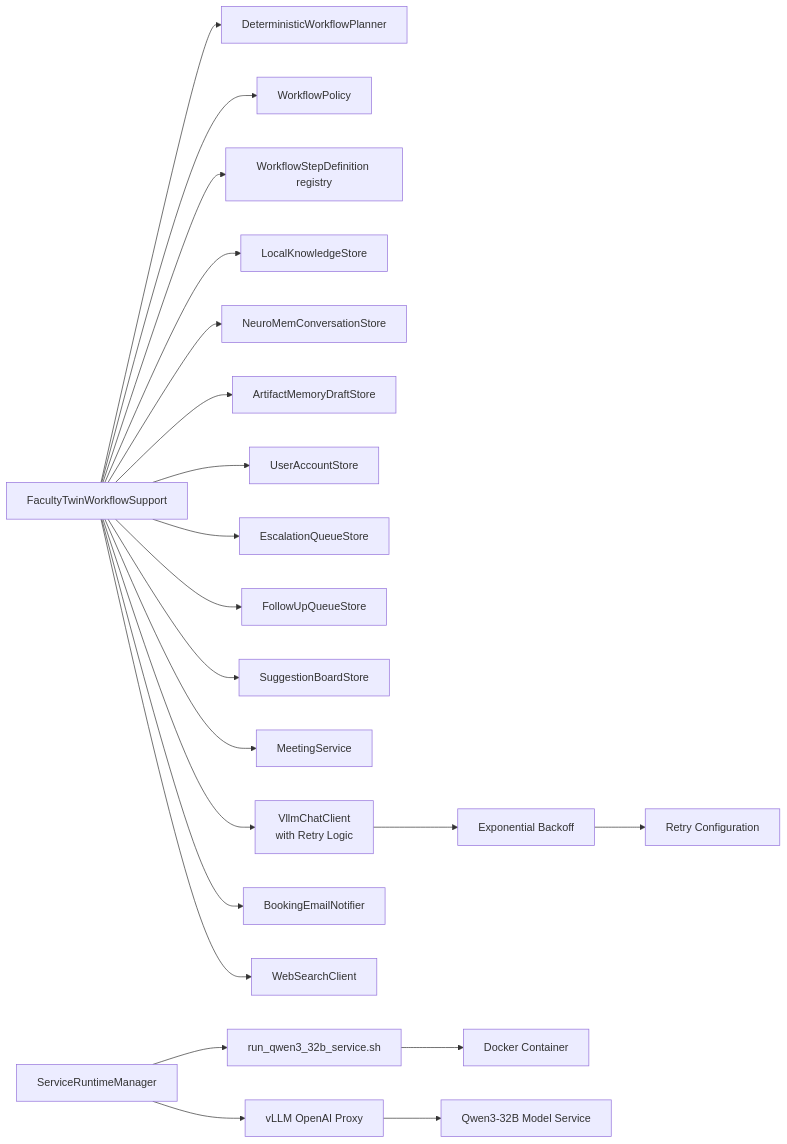
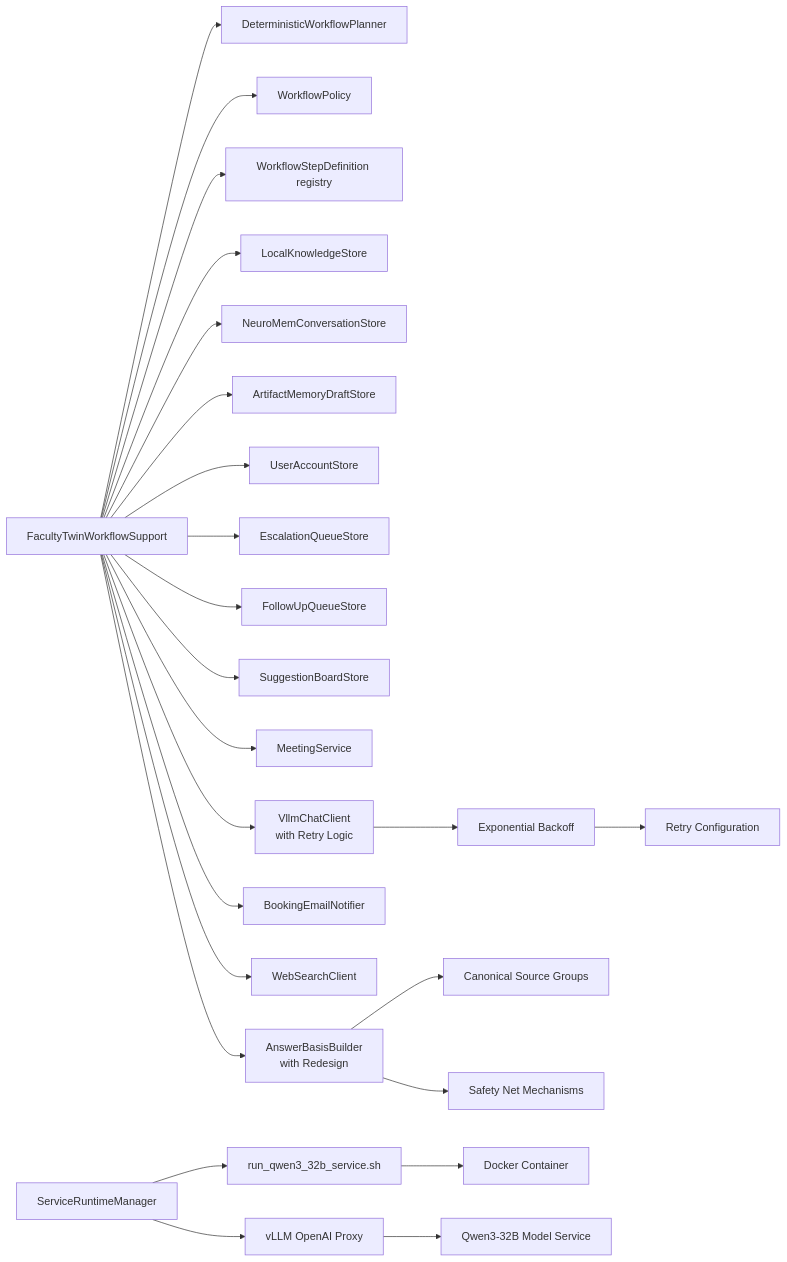
One commit to intellistream/sage-mate changed the seventh of 7 diagrams in .qoder/repowiki/en/content/Core Components/Service Layer/Service Layer.md. Above: the diagram before and after it, drawn with Mermaid. The commit also changed other lines of this file and 115 other files, not shown here.

````diff
--- a/.qoder/repowiki/en/content/Core Components/Service Layer/Service Layer.md
+++ b/.qoder/repowiki/en/content/Core Components/Service Layer/Service Layer.md
@@ -527,23 +620,26 @@
 ```mermaid
 graph LR
 Orchestrator["FacultyTwinWorkflowSupport"] --> Planner["DeterministicWorkflowPlanner"]
 Orchestrator --> Policy["WorkflowPolicy"]
 Orchestrator --> Steps["WorkflowStepDefinition registry"]
 Orchestrator --> KBS["LocalKnowledgeStore"]
 Orchestrator --> CMS["NeuroMemConversationStore"]
 Orchestrator --> AMS["ArtifactMemoryDraftStore"]
 Orchestrator --> UAS["UserAccountStore"]
 Orchestrator --> EAS["EscalationQueueStore"]
 Orchestrator --> FUS["FollowUpQueueStore"]
 Orchestrator --> SBS["SuggestionBoardStore"]
 Orchestrator --> MS["MeetingService"]
 Orchestrator --> LLM["VllmChatClient<br/>with Retry Logic"]
 Orchestrator --> EML["BookingEmailNotifier"]
 Orchestrator --> WEB["WebSearchClient"]
+Orchestrator --> ABS["AnswerBasisBuilder<br/>with Redesign"]
+ABS --> CSG["Canonical Source Groups"]
+ABS --> SN["Safety Net Mechanisms"]
 SRM["ServiceRuntimeManager"] --> QSS["run_qwen3_32b_service.sh"]
 SRM --> VOP["vLLM OpenAI Proxy"]
 QSS --> Container["Docker Container"]
 VOP --> Upstream["Qwen3-32B Model Service"]
 LLM --> Retry["Exponential Backoff"]
 Retry --> Config["Retry Configuration"]
 ```
````
